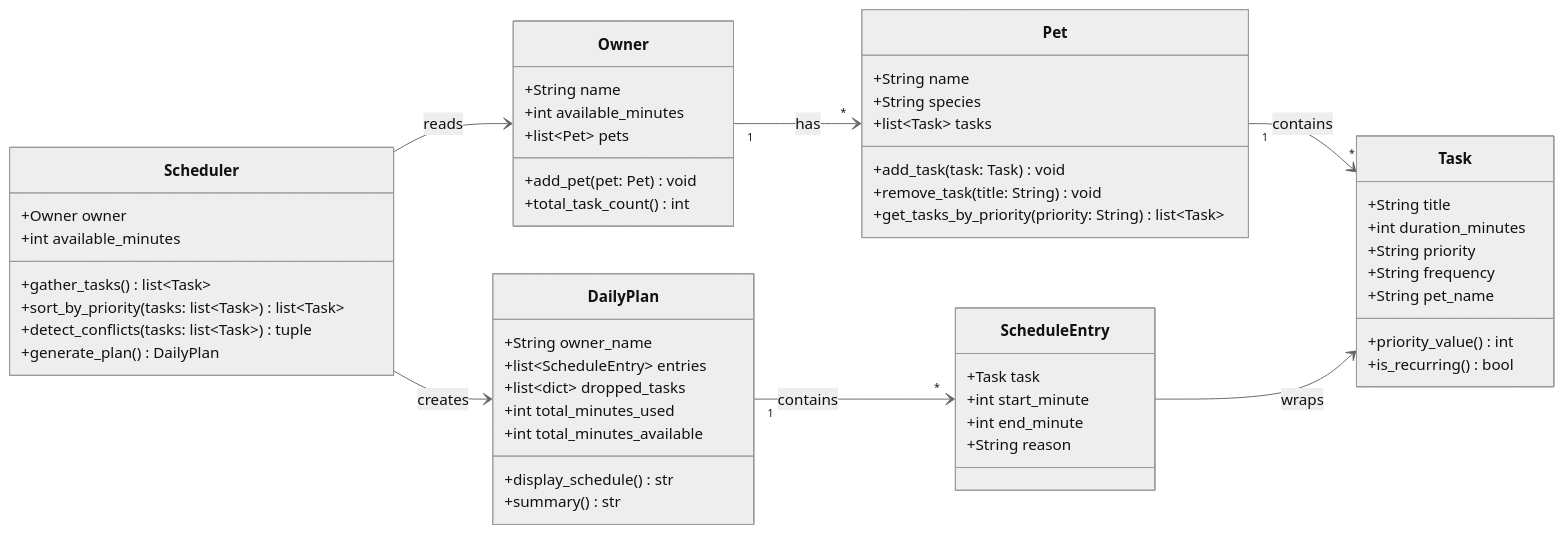
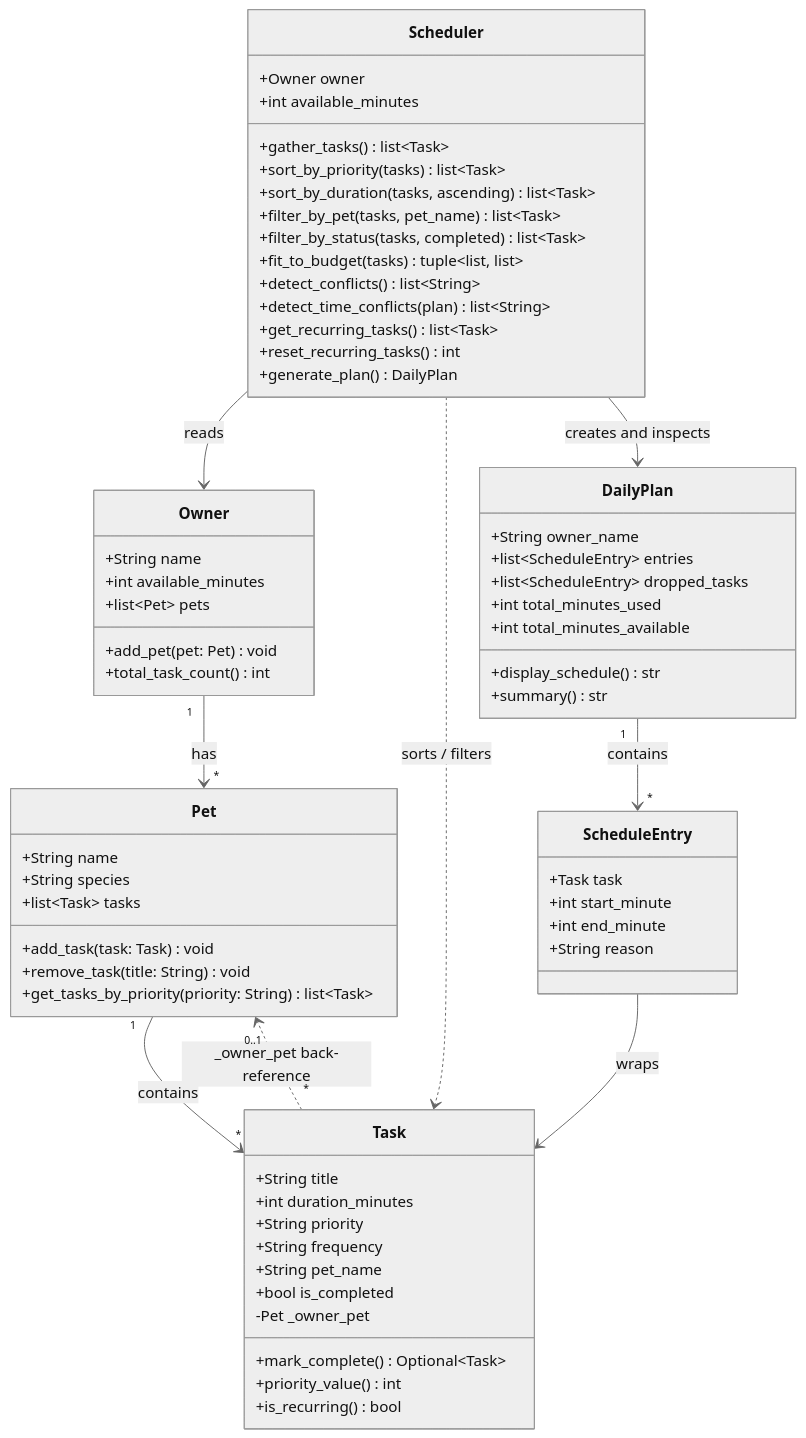
The diagram in class_diagram.md (shimshiam/ai110-module2show-pawpal-starter), drawn with Mermaid (neutral theme) before and after one commit. The commit also changed 3 other files, not shown here.

````diff
--- a/class_diagram.md
+++ b/class_diagram.md
@@ -3,64 +3,76 @@
 ```mermaid
 classDiagram
-    direction LR
+    direction TB
 
     class Owner {
         +String name
         +int available_minutes
         +list~Pet~ pets
         +add_pet(pet: Pet) void
         +total_task_count() int
     }
 
     class Pet {
         +String name
         +String species
         +list~Task~ tasks
         +add_task(task: Task) void
         +remove_task(title: String) void
         +get_tasks_by_priority(priority: String) list~Task~
     }
 
     class Task {
         +String title
         +int duration_minutes
         +String priority
         +String frequency
         +String pet_name
+        +bool is_completed
+        -Pet _owner_pet
+        +mark_complete() Optional~Task~
         +priority_value() int
         +is_recurring() bool
     }
 
     class Scheduler {
         +Owner owner
         +int available_minutes
         +gather_tasks() list~Task~
-        +sort_by_priority(tasks: list~Task~) list~Task~
-        +detect_conflicts(tasks: list~Task~) tuple
+        +sort_by_priority(tasks) list~Task~
+        +sort_by_duration(tasks, ascending) list~Task~
+        +filter_by_pet(tasks, pet_name) list~Task~
+        +filter_by_status(tasks, completed) list~Task~
+        +fit_to_budget(tasks) tuple~list, list~
+        +detect_conflicts() list~String~
+        +detect_time_conflicts(plan) list~String~
+        +get_recurring_tasks() list~Task~
+        +reset_recurring_tasks() int
         +generate_plan() DailyPlan
     }
 
     class DailyPlan {
         +String owner_name
         +list~ScheduleEntry~ entries
-        +list~dict~ dropped_tasks
+        +list~ScheduleEntry~ dropped_tasks
         +int total_minutes_used
         +int total_minutes_available
         +display_schedule() str
         +summary() str
     }
 
     class ScheduleEntry {
         +Task task
         +int start_minute
         +int end_minute
         +String reason
     }
 
     Owner "1" --> "*" Pet : has
     Pet "1" --> "*" Task : contains
+    Task "*" ..> "0..1" Pet : _owner_pet back-reference
     Scheduler --> Owner : reads
-    Scheduler --> DailyPlan : creates
+    Scheduler ..> Task : sorts / filters
+    Scheduler --> DailyPlan : creates and inspects
     DailyPlan "1" --> "*" ScheduleEntry : contains
     ScheduleEntry --> Task : wraps
 ```
````
